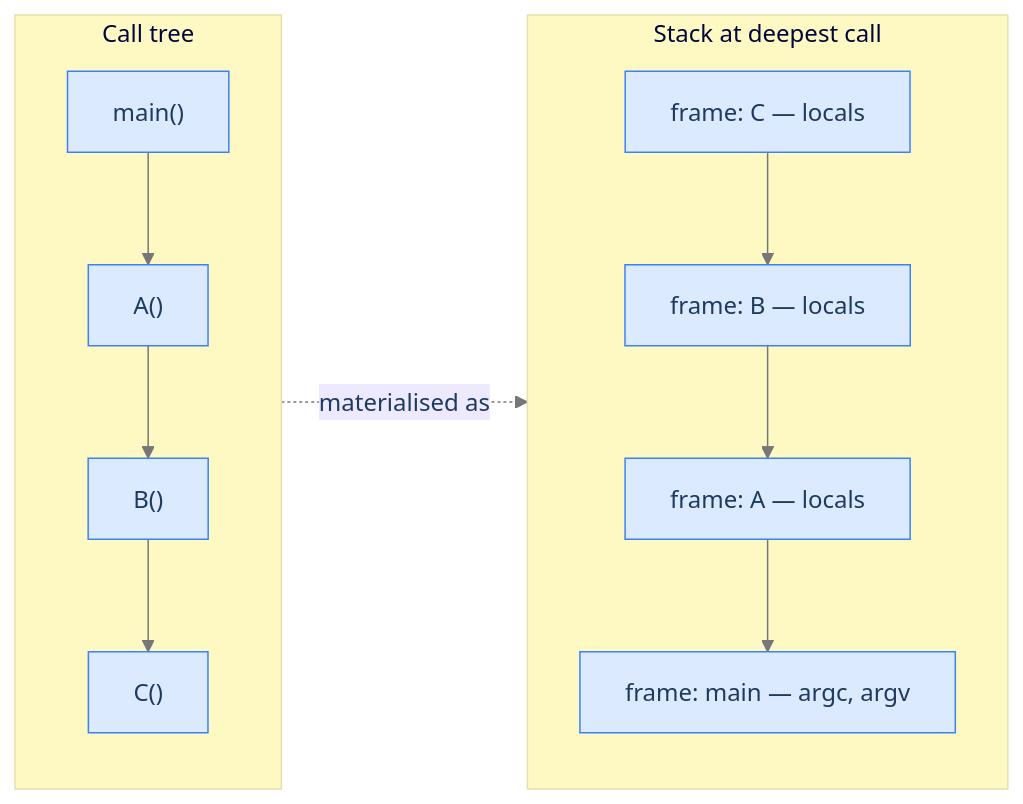
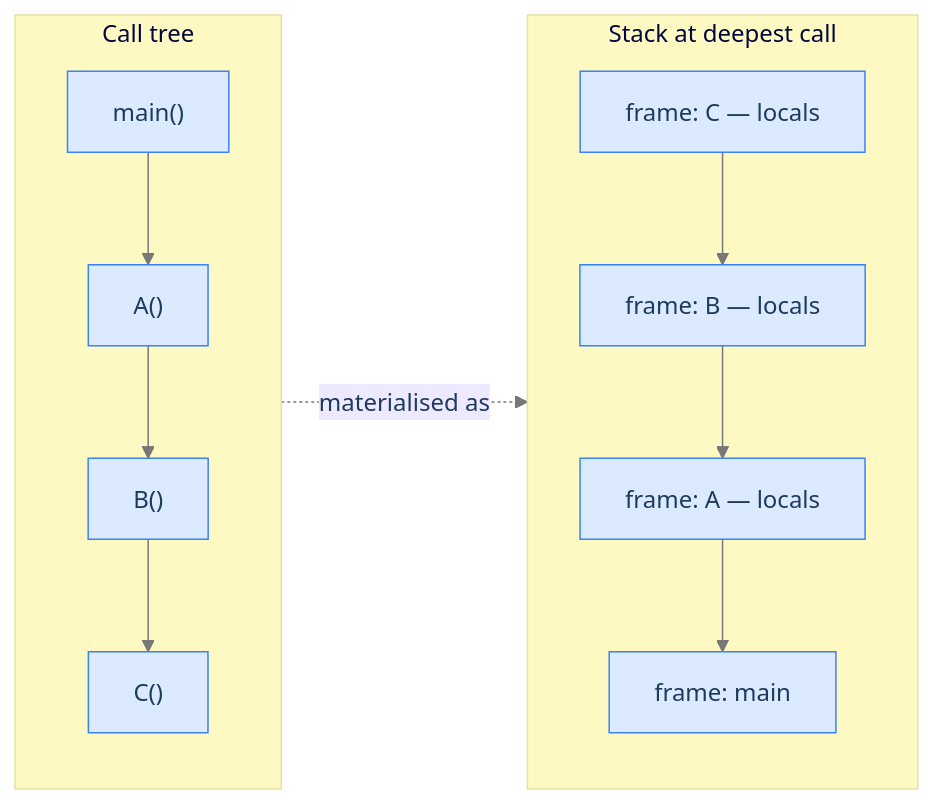
One commit to ani2fun/codefolio changed the second of 2 diagrams in content/cortex/data-structures-and-algorithms/05-algorithms-by-strategy/01-recursion/01-introduction-to-memory-model.md. Above: the diagram before and after it, drawn with Mermaid. The commit also changed other lines of this file and 1049 other files, not shown here.

````diff
--- a/content/cortex/data-structures-and-algorithms/05-algorithms-by-strategy/01-recursion/01-introduction-to-memory-model.md
+++ b/content/cortex/data-structures-and-algorithms/05-algorithms-by-strategy/01-recursion/01-introduction-to-memory-model.md
@@ -467,25 +77,23 @@
 ```mermaid
 ---
 config:
   theme: base
   themeVariables:
     primaryColor: "#dbeafe"
     primaryBorderColor: "#3b82f6"
     primaryTextColor: "#1e3a5f"
     lineColor: "#777777"
     secondaryColor: "#ede9fe"
     tertiaryColor: "#fef9c3"
 ---
 flowchart LR
   subgraph CALLS["Call tree"]
     direction TB
     M["main()"] --> A["A()"] --> B["B()"] --> C["C()"]
   end
-
   subgraph STACK["Stack at deepest call"]
     direction TB
-    SC["frame: C — locals"] --> SB["frame: B — locals"] --> SA["frame: A — locals"] --> SM["frame: main — argc, argv"]
+    SC["frame: C — locals"] --> SB["frame: B — locals"] --> SA["frame: A — locals"] --> SM["frame: main"]
   end
-
   CALLS -.->|"materialised as"| STACK
 ```
````
